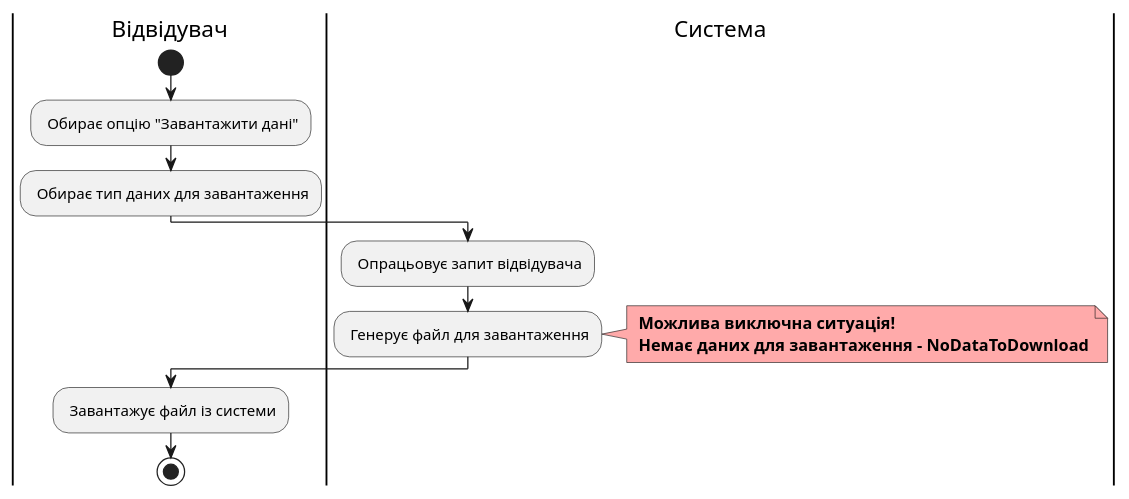
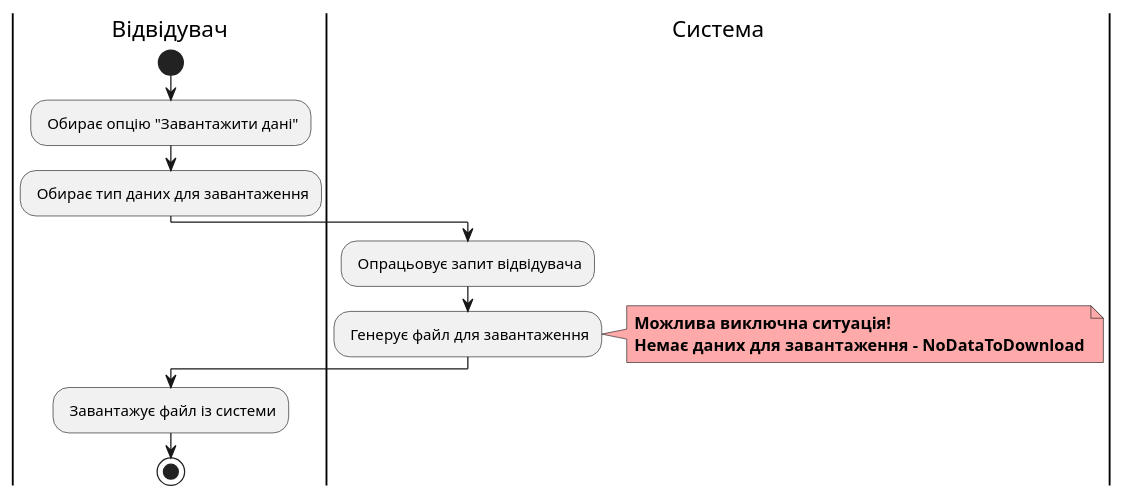
The sixth of 19 diagrams in docs/use cases/README.md (watashone/db-labs), drawn with PlantUML before and after one commit. The commit also changed other lines of this file, not shown here.

````diff
--- a/docs/use cases/README.md
+++ b/docs/use cases/README.md
@@ -188,18 +188,18 @@
 ```plantuml
 @startuml
     |Відвідувач|
         start
         : Обирає опцію "Завантажити дані";
         : Обирає тип даних для завантаження;
     |Система|
         : Опрацьовує запит відвідувача;
         : Генерує файл для завантаження;
         note right #ffaaaa
-        <b> Можлива виключна ситуація! 
-        <b> Немає даних для завантаження - NoDataToDownload
+        <b>Можлива виключна ситуація! 
+        <b>Немає даних для завантаження - NoDataToDownload
         end note
     |Відвідувач|
         : Завантажує файл із системи;
         stop
 @enduml
 ```
````
